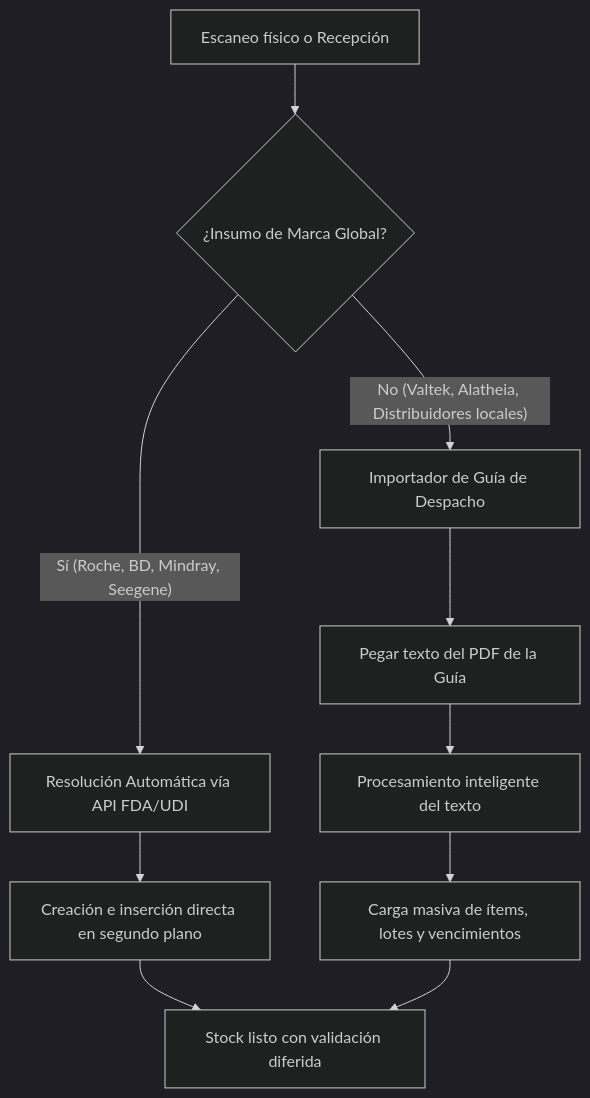
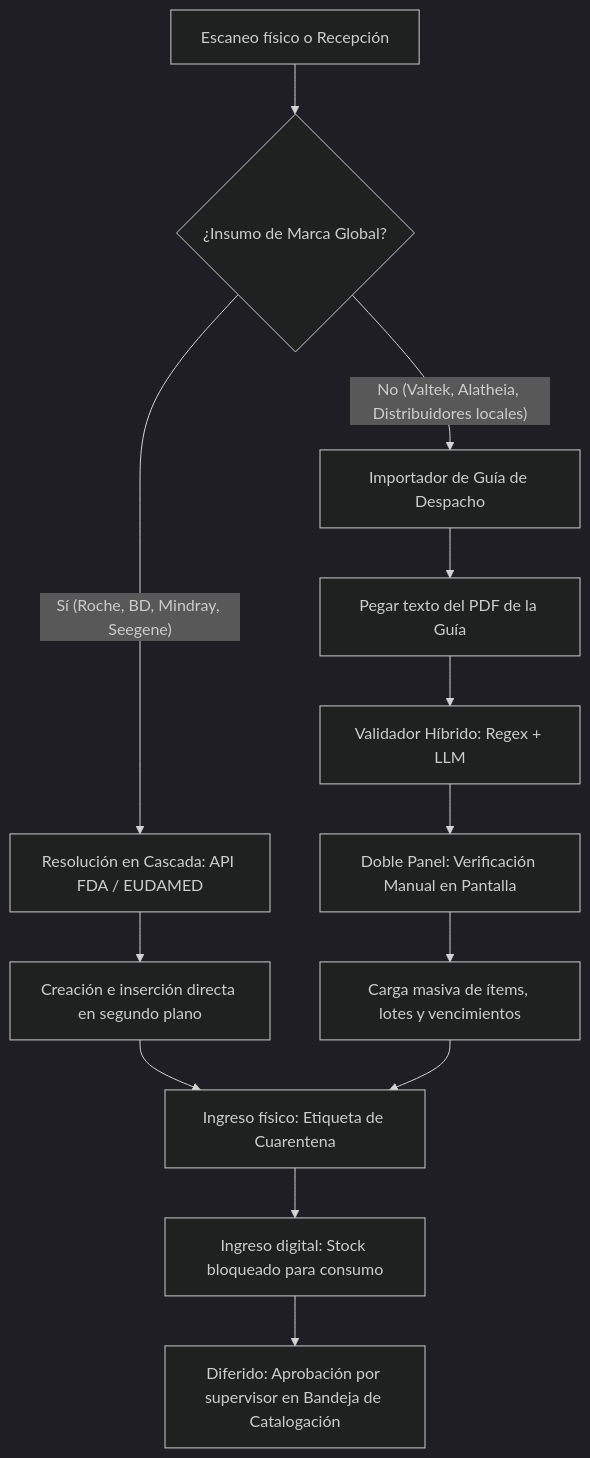
The diagram in docs/plan_implementacion_catalogacion.md (VicenteLinco/Tareapython), drawn with Mermaid (dark theme) before and after one commit. The commit also changed other lines of this file, not shown here.

Commit message:
docs: actualizar plan de catalogacion con mitigaciones de seguridad

````diff
--- a/docs/plan_implementacion_catalogacion.md
+++ b/docs/plan_implementacion_catalogacion.md
@@ -11,13 +11,16 @@
 ```mermaid
 graph TD
     A[Escaneo físico o Recepción] --> B{¿Insumo de Marca Global?}
-    B -- Sí (Roche, BD, Mindray, Seegene) --> C[Resolución Automática vía API FDA/UDI]
+    B -- Sí (Roche, BD, Mindray, Seegene) --> C[Resolución en Cascada: API FDA / EUDAMED]
     B -- No (Valtek, Alatheia, Distribuidores locales) --> D[Importador de Guía de Despacho]
     
     C --> E[Creación e inserción directa en segundo plano]
     D --> F[Pegar texto del PDF de la Guía]
-    F --> G[Procesamiento inteligente del texto]
-    G --> H[Carga masiva de ítems, lotes y vencimientos]
+    F --> G[Validador Híbrido: Regex + LLM]
+    G --> H[Doble Panel: Verificación Manual en Pantalla]
+    H --> I[Carga masiva de ítems, lotes y vencimientos]
     
-    E & H --> I[Stock listo con validación diferida]
+    E & I --> J[Ingreso físico: Etiqueta de Cuarentena]
+    J --> K[Ingreso digital: Stock bloqueado para consumo]
+    K --> L[Diferido: Aprobación por supervisor en Bandeja de Catalogación]
 ```
````
